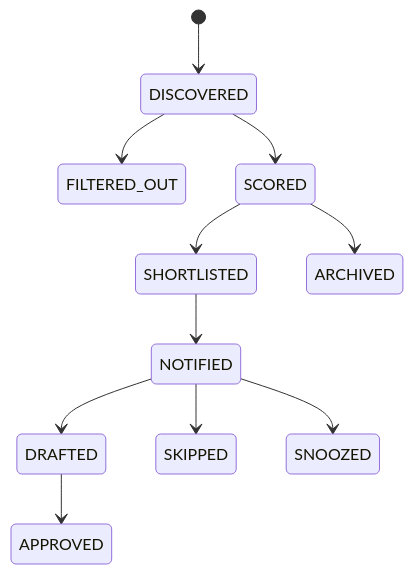
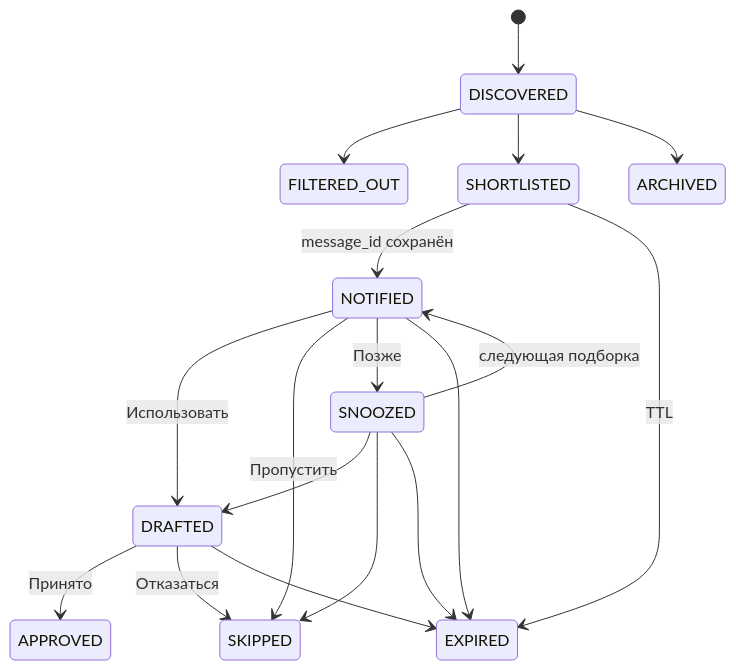
One commit to aastersi/News_Radar changed the third of 4 diagrams in docs/ARCHITECTURE.md. Above: the diagram before and after it, drawn with Mermaid. The commit also changed other lines of this file and 6 other files, not shown here.

````diff
--- a/docs/ARCHITECTURE.md
+++ b/docs/ARCHITECTURE.md
@@ -95,13 +119,20 @@
 ```mermaid
 stateDiagram-v2
     [*] --> DISCOVERED
     DISCOVERED --> FILTERED_OUT
-    DISCOVERED --> SCORED
-    SCORED --> SHORTLISTED
-    SCORED --> ARCHIVED
-    SHORTLISTED --> NOTIFIED
-    NOTIFIED --> DRAFTED
-    NOTIFIED --> SKIPPED
-    NOTIFIED --> SNOOZED
-    DRAFTED --> APPROVED
+    DISCOVERED --> SHORTLISTED
+    DISCOVERED --> ARCHIVED
+    SHORTLISTED --> NOTIFIED: message_id сохранён
+    NOTIFIED --> DRAFTED: Использовать
+    NOTIFIED --> SKIPPED: Пропустить
+    NOTIFIED --> SNOOZED: Позже
+    SNOOZED --> NOTIFIED: следующая подборка
+    SNOOZED --> DRAFTED
+    SNOOZED --> SKIPPED
+    DRAFTED --> APPROVED: Принято
+    DRAFTED --> SKIPPED: Отказаться
+    SHORTLISTED --> EXPIRED: TTL
+    NOTIFIED --> EXPIRED
+    SNOOZED --> EXPIRED
+    DRAFTED --> EXPIRED
 ```
````
